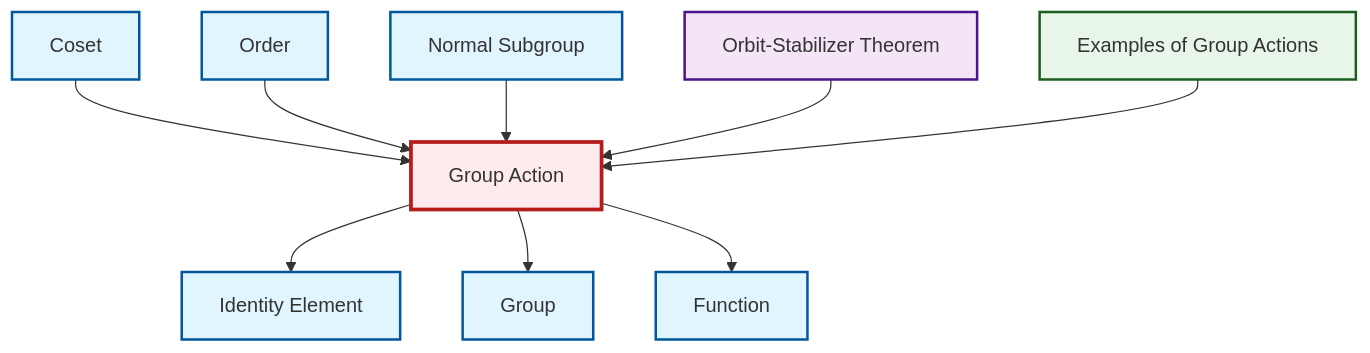
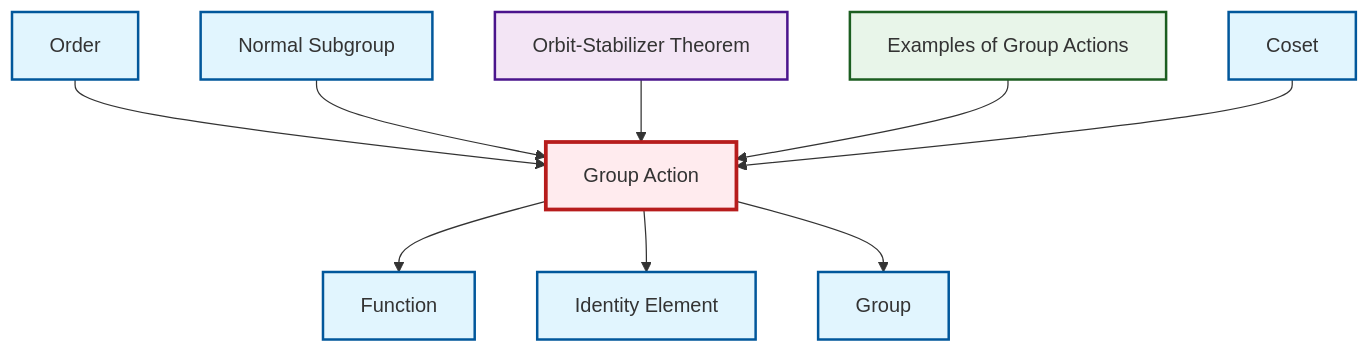
The diagram in output/mermaid/en/def-group-action.mermaid (RK0429/ModernMath), drawn with Mermaid before and after one commit. The commit also changed other lines of this file and 1717 other files, not shown here.

```diff
--- a/output/mermaid/en/def-group-action.mermaid
+++ b/output/mermaid/en/def-group-action.mermaid
@@ -1,24 +1,24 @@
 graph TD
     classDef definition fill:#e1f5fe,stroke:#01579b,stroke-width:2px
     classDef theorem fill:#f3e5f5,stroke:#4a148c,stroke-width:2px
     classDef axiom fill:#fff3e0,stroke:#e65100,stroke-width:2px
     classDef example fill:#e8f5e9,stroke:#1b5e20,stroke-width:2px
     classDef current fill:#ffebee,stroke:#b71c1c,stroke-width:3px
+    def-identity-element["Identity Element"]:::definition
+    def-coset["Coset"]:::definition
+    def-normal-subgroup["Normal Subgroup"]:::definition
+    def-group["Group"]:::definition
     def-function["Function"]:::definition
-    def-identity-element["Identity Element"]:::definition
+    thm-orbit-stabilizer["Orbit-Stabilizer Theorem"]:::theorem
+    ex-group-action-examples["Examples of Group Actions"]:::example
     def-order["Order"]:::definition
-    thm-orbit-stabilizer["Orbit-Stabilizer Theorem"]:::theorem
-    def-normal-subgroup["Normal Subgroup"]:::definition
     def-group-action["Group Action"]:::definition
-    def-coset["Coset"]:::definition
-    ex-group-action-examples["Examples of Group Actions"]:::example
-    def-group["Group"]:::definition
+    def-order --> def-group-action
+    def-group-action --> def-function
+    def-group-action --> def-identity-element
+    def-normal-subgroup --> def-group-action
+    def-group-action --> def-group
+    thm-orbit-stabilizer --> def-group-action
+    ex-group-action-examples --> def-group-action
     def-coset --> def-group-action
-    def-order --> def-group-action
-    def-normal-subgroup --> def-group-action
-    def-group-action --> def-identity-element
-    thm-orbit-stabilizer --> def-group-action
-    def-group-action --> def-group
-    def-group-action --> def-function
-    ex-group-action-examples --> def-group-action
     class def-group-action current
```
